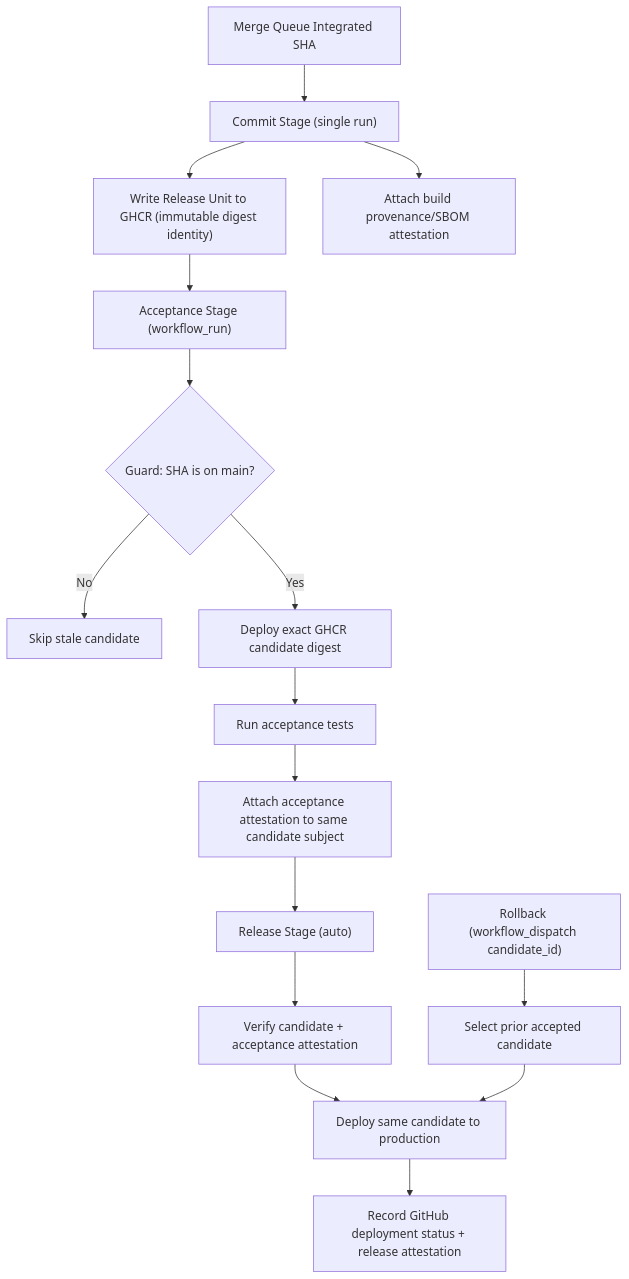
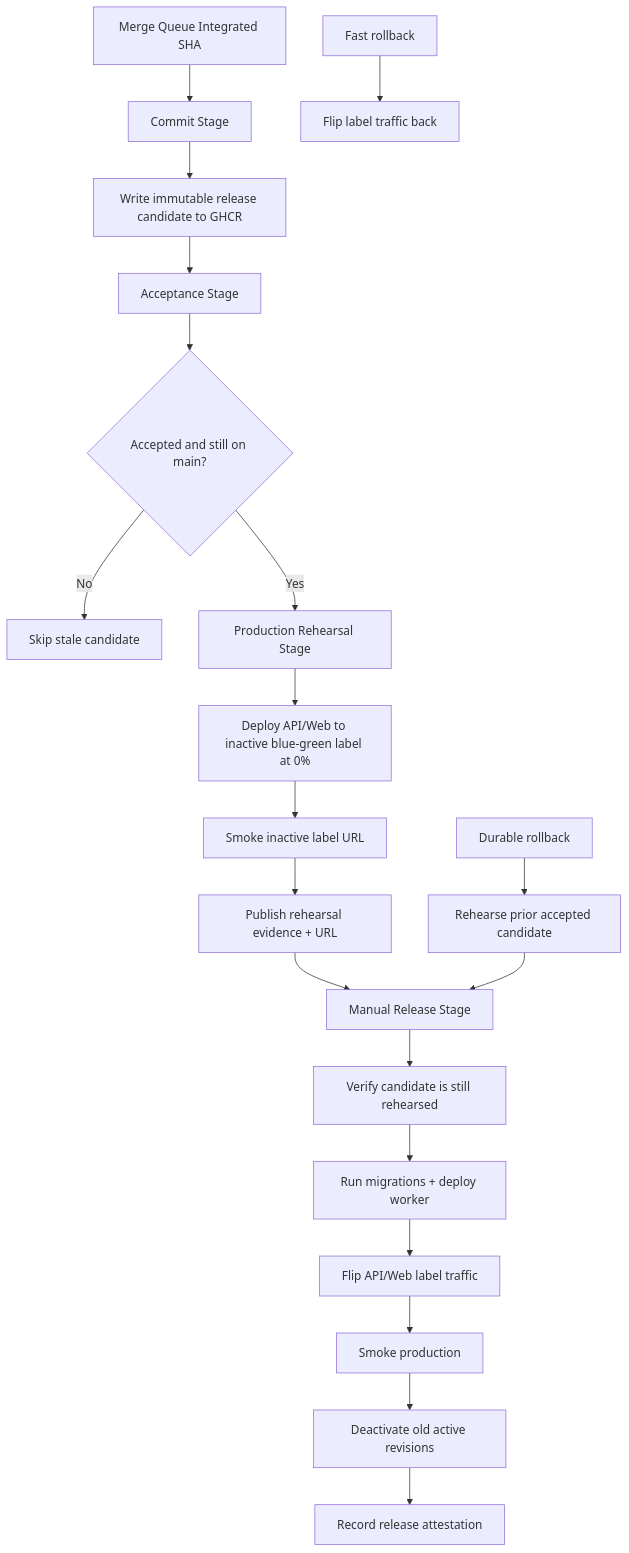
The diagram in pipeline/stages/README.md (glcsolutions-ca/compass), drawn with Mermaid before and after one commit. The commit also changed other lines of this file and 39 other files, not shown here.

Commit message:
Split production rehearsal and release workflows

````diff
--- a/pipeline/stages/README.md
+++ b/pipeline/stages/README.md
@@ -19,21 +20,24 @@
 ```mermaid
 flowchart TD
-  A["Merge Queue Integrated SHA"] --> B["Commit Stage (single run)"]
-  B --> C["Write Release Unit to GHCR (immutable digest identity)"]
-  B --> D["Attach build provenance/SBOM attestation"]
+  A["Merge Queue Integrated SHA"] --> B["Commit Stage"]
+  B --> C["Write immutable release candidate to GHCR"]
+  C --> D["Acceptance Stage"]
+  D --> E{"Accepted and still on main?"}
+  E -- "No" --> X["Skip stale candidate"]
+  E -- "Yes" --> F["Production Rehearsal Stage"]
+  F --> G["Deploy API/Web to inactive blue-green label at 0%"]
+  G --> H["Smoke inactive label URL"]
+  H --> I["Publish rehearsal evidence + URL"]
 
-  C --> E["Acceptance Stage (workflow_run)"]
-  E --> E1{"Guard: SHA is on main?"}
-  E1 -- "No" --> X["Skip stale candidate"]
-  E1 -- "Yes" --> F["Deploy exact GHCR candidate digest"]
-  F --> G["Run acceptance tests"]
-  G --> H["Attach acceptance attestation to same candidate subject"]
+  I --> J["Manual Release Stage"]
+  J --> K["Verify candidate is still rehearsed"]
+  K --> L["Run migrations + deploy worker"]
+  L --> M["Flip API/Web label traffic"]
+  M --> N["Smoke production"]
+  N --> O["Deactivate old active revisions"]
+  O --> P["Record release attestation"]
 
-  H --> I["Release Stage (auto)"]
-  I --> J["Verify candidate + acceptance attestation"]
-  J --> K["Deploy same candidate to production"]
-  K --> L["Record GitHub deployment status + release attestation"]
-
-  M["Rollback (workflow_dispatch candidate_id)"] --> N["Select prior accepted candidate"]
-  N --> K
+  Q["Fast rollback"] --> R["Flip label traffic back"]
+  S["Durable rollback"] --> T["Rehearse prior accepted candidate"]
+  T --> J
 ```
````
